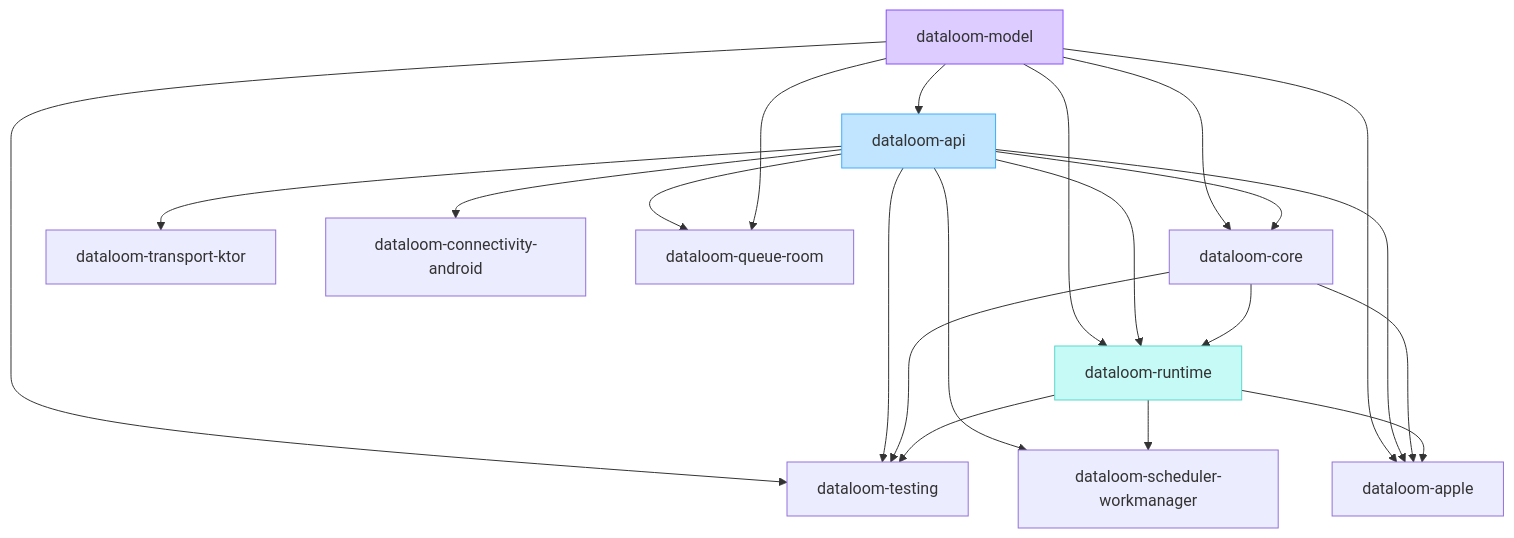
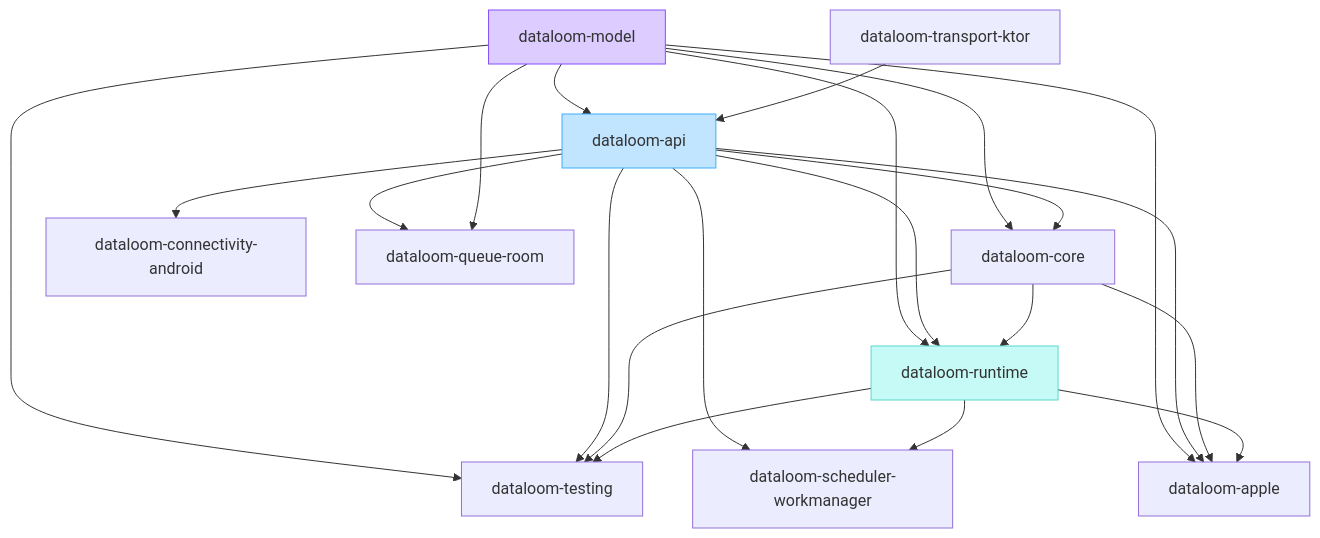
The second of 2 diagrams in README.md (dataloom-sdk/dataloom), drawn with Mermaid before and after one commit. The commit also changed 4 other files, not shown here.

````diff
--- a/README.md
+++ b/README.md
@@ -152,38 +152,38 @@
 ```mermaid
 flowchart TD
     model[dataloom-model]
     api[dataloom-api]
     core[dataloom-core]
     runtime[dataloom-runtime]
     testing[dataloom-testing]
     ktor[dataloom-transport-ktor]
     connectivity[dataloom-connectivity-android]
     room[dataloom-queue-room]
     work[dataloom-scheduler-workmanager]
     apple[dataloom-apple]
 
     model --> api
     model --> core
     api --> core
     model --> runtime
     api --> runtime
     core --> runtime
     model --> testing
     api --> testing
     core --> testing
     runtime --> testing
-    api --> ktor
+    ktor --> api
     api --> connectivity
     api --> room
     model --> room
     api --> work
     runtime --> work
     model --> apple
     api --> apple
     core --> apple
     runtime --> apple
 
     style model fill:#DCCCFF,stroke:#874FFF
     style api fill:#C2E5FF,stroke:#3DADFF
     style runtime fill:#C6FAF6,stroke:#5AD8CC
 ```
````
